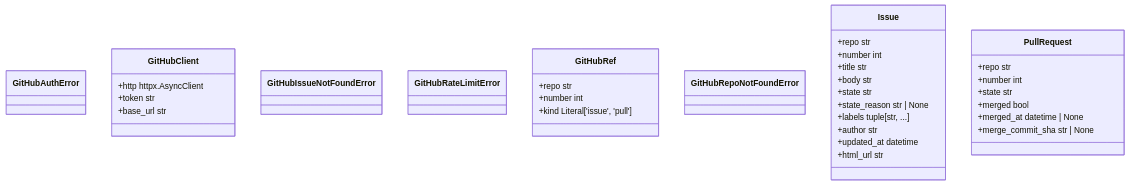
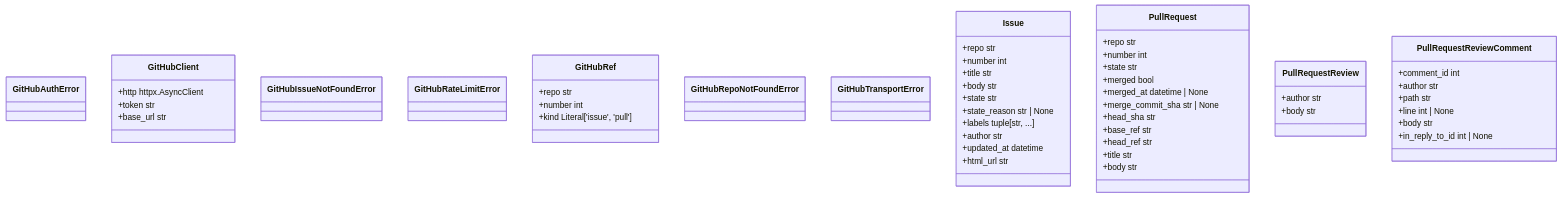
One commit to agent-lore/lithos-loom changed the first of 3 diagrams in docs/generated/domain_model.md. Above: the diagram before and after it, drawn with Mermaid. The commit also changed 16 other files, not shown here.

First line of the commit message:
refactor(story-develop): route PR access through the typed GitHubClient seam (ARCH-7c) (#247)

````diff
--- a/docs/generated/domain_model.md
+++ b/docs/generated/domain_model.md
@@ -8,37 +8,55 @@
 ```mermaid
 classDiagram
   class GitHubAuthError
   class GitHubClient {
     +http httpx.AsyncClient
     +token str
     +base_url str
   }
   class GitHubIssueNotFoundError
   class GitHubRateLimitError
   class GitHubRef {
     +repo str
     +number int
     +kind Literal['issue', 'pull']
   }
   class GitHubRepoNotFoundError
+  class GitHubTransportError
   class Issue {
     +repo str
     +number int
     +title str
     +body str
     +state str
     +state_reason str | None
     +labels tuple[str, ...]
     +author str
     +updated_at datetime
     +html_url str
   }
   class PullRequest {
     +repo str
     +number int
     +state str
     +merged bool
     +merged_at datetime | None
     +merge_commit_sha str | None
+    +head_sha str
+    +base_ref str
+    +head_ref str
+    +title str
+    +body str
+  }
+  class PullRequestReview {
+    +author str
+    +body str
+  }
+  class PullRequestReviewComment {
+    +comment_id int
+    +author str
+    +path str
+    +line int | None
+    +body str
+    +in_reply_to_id int | None
   }
 ```
````
